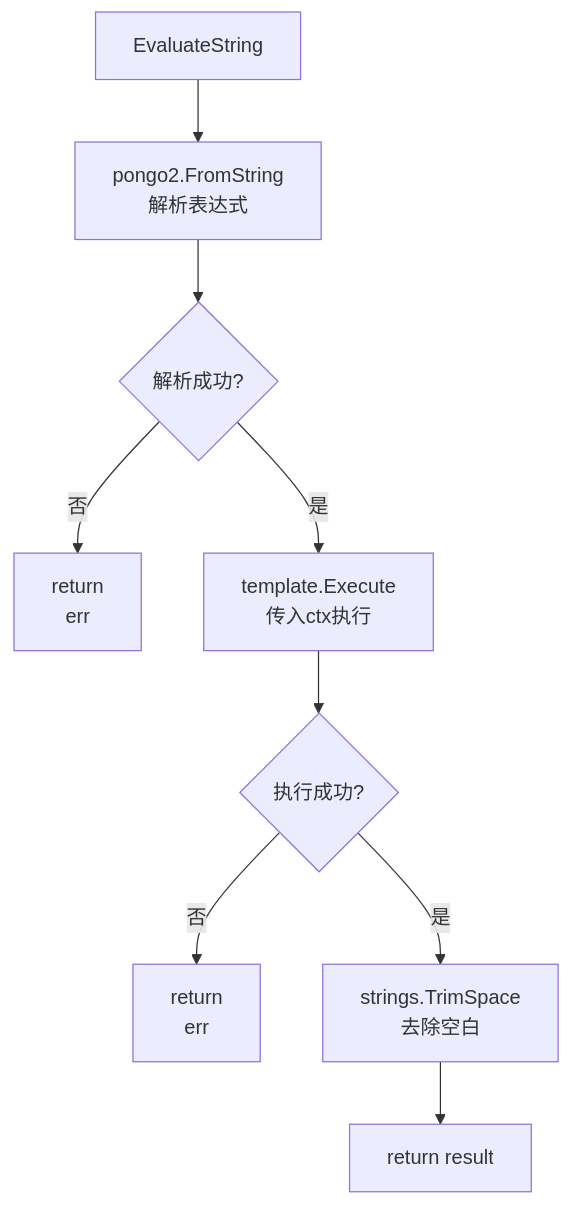
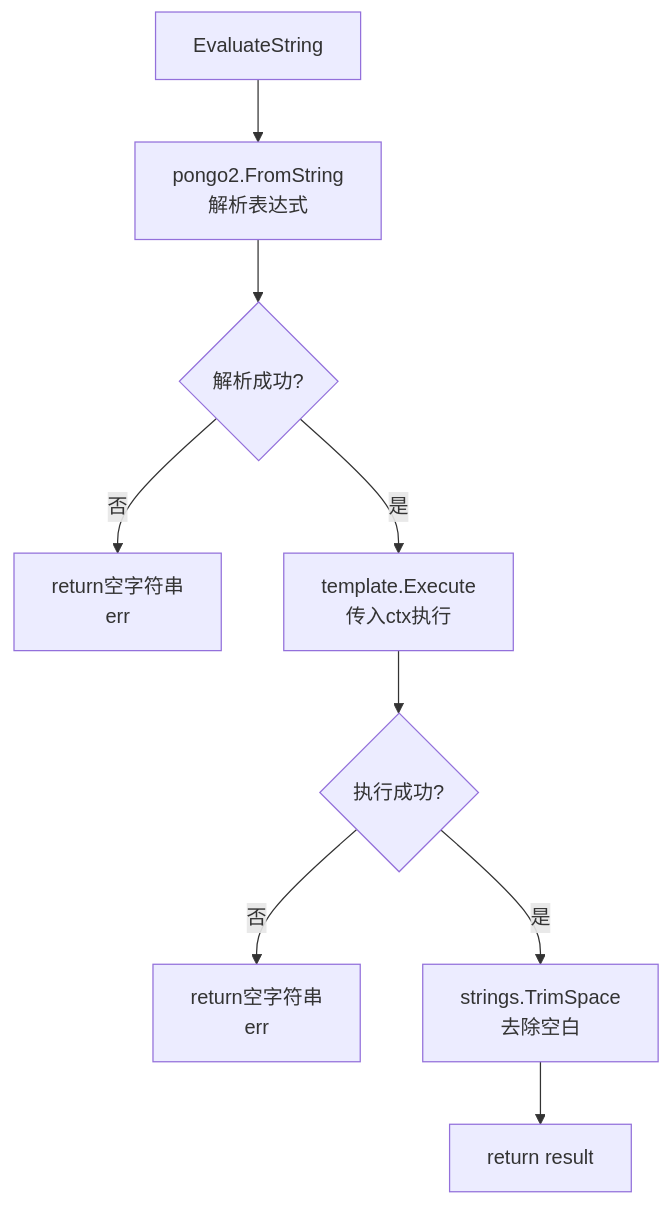
The fourth of 9 diagrams in template/FLOWS.md (LerkoX/flowx), drawn with Mermaid before and after one commit. The commit also changed other lines of this file and 4 other files, not shown here.

First line of the commit message:
fix: remove double quotes from Mermaid node labels

````diff
--- a/template/FLOWS.md
+++ b/template/FLOWS.md
@@ -46,12 +46,12 @@
 ```mermaid
 flowchart TD
     A[EvaluateString] --> B[pongo2.FromString<br/>解析表达式]
     B --> C{解析成功?}
-    C -->|否| D[return ""<br/>err]
+    C -->|否| D[return空字符串<br/>err]
     C -->|是| E[template.Execute<br/>传入ctx执行]
 
     E --> F{执行成功?}
-    F -->|否| G[return ""<br/>err]
+    F -->|否| G[return空字符串<br/>err]
     F -->|是| H[strings.TrimSpace<br/>去除空白]
     H --> I[return result]
 ```
````
